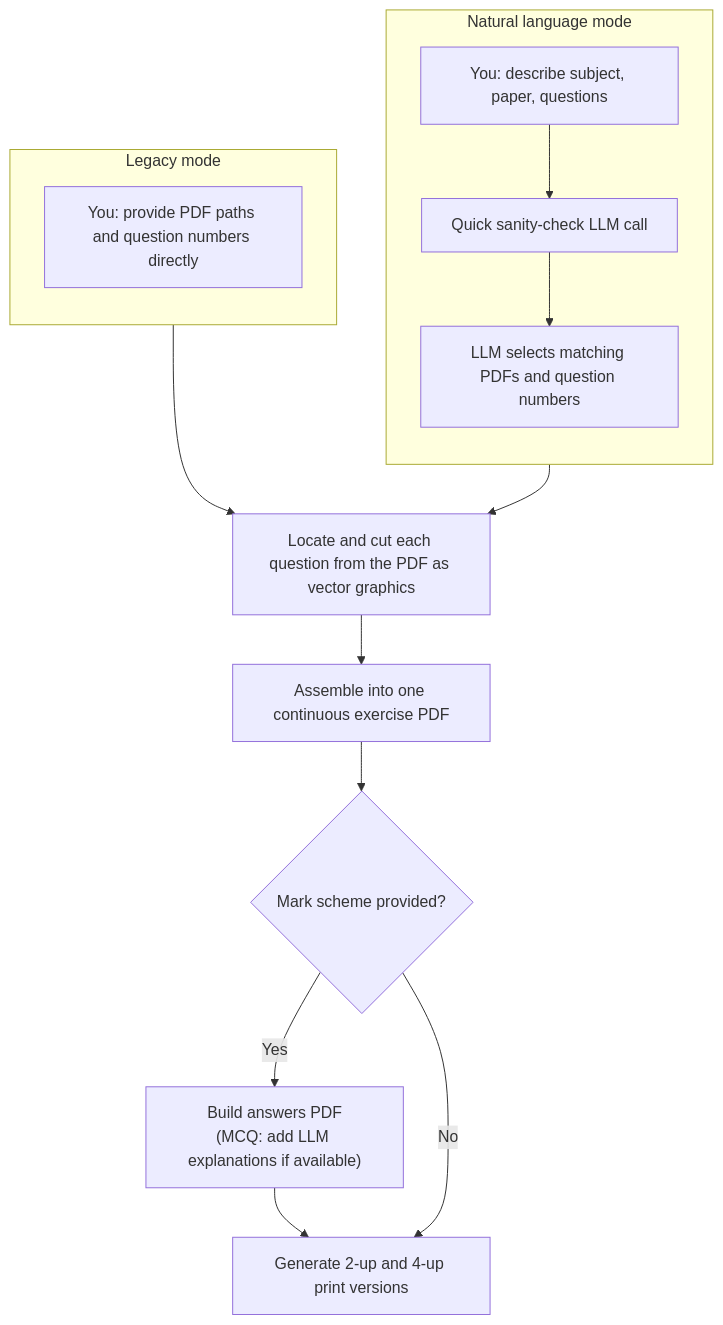
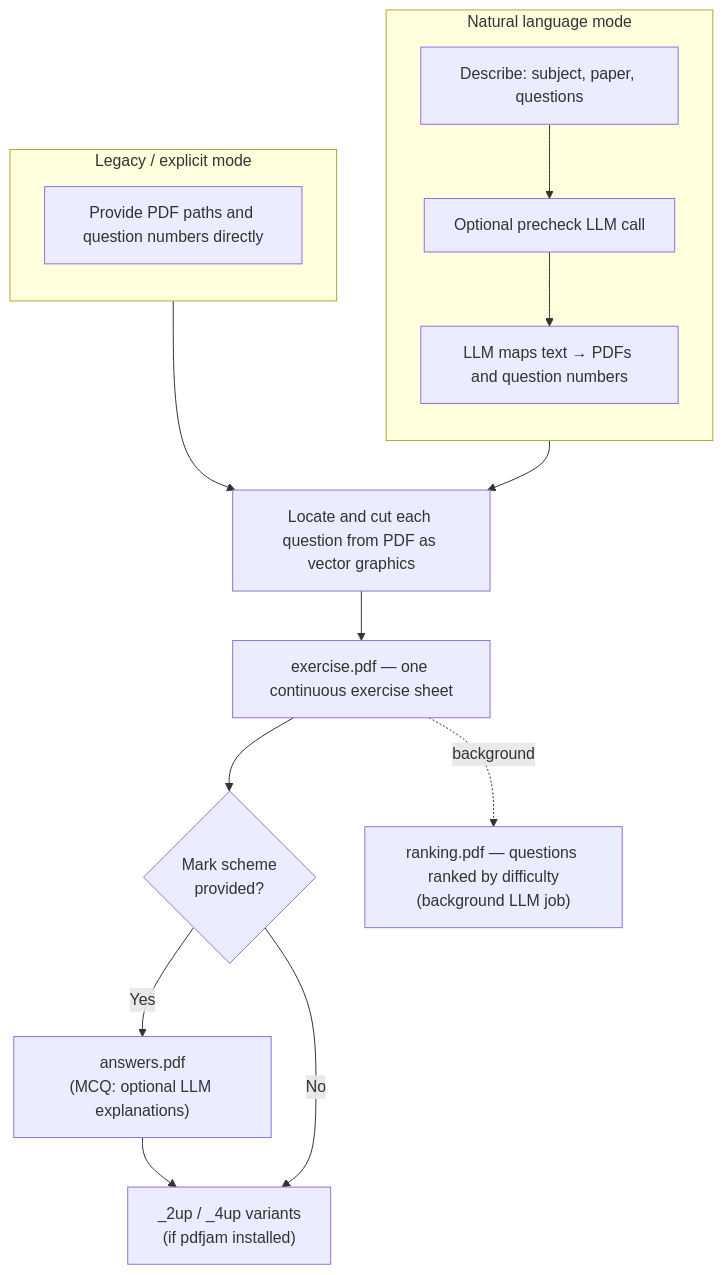
Before and after one commit to JoschkaKoen/IGCSE-Exercise-Sheet-Generator-1: the first of 2 diagrams in README.md, drawn with Mermaid. The commit also changed other lines of this file, not shown here.

First line of the commit message:
README: document Grade page, library, ranking, and updated flow diagram

````diff
--- a/README.md
+++ b/README.md
@@ -22,27 +25,29 @@
 ```mermaid
 flowchart TD
     subgraph nlPath [Natural language mode]
         direction TB
-        n1["You: describe subject, paper, questions"]
-        n2[Quick sanity-check LLM call]
-        n3[LLM selects matching PDFs and question numbers]
+        n1["Describe: subject, paper, questions"]
+        n2[Optional precheck LLM call]
+        n3[LLM maps text → PDFs and question numbers]
         n1 --> n2 --> n3
     end
 
-    subgraph legPath [Legacy mode]
+    subgraph legPath [Legacy / explicit mode]
         direction TB
-        l1[You: provide PDF paths and question numbers directly]
+        l1[Provide PDF paths and question numbers directly]
     end
 
-    join[Locate and cut each question from the PDF as vector graphics]
-    ex[Assemble into one continuous exercise PDF]
-    ms{Mark scheme provided?}
-    ans["Build answers PDF\n(MCQ: add LLM explanations if available)"]
-    nup[Generate 2-up and 4-up print versions]
+    cut[Locate and cut each question from PDF as vector graphics]
+    ex[exercise.pdf — one continuous exercise sheet]
+    ms{Mark scheme\nprovided?}
+    ans["answers.pdf\n(MCQ: optional LLM explanations)"]
+    nup["_2up / _4up variants\n(if pdfjam installed)"]
+    rank["ranking.pdf — questions ranked by difficulty\n(background LLM job)"]
 
-    n3 --> join
-    l1 --> join
-    join --> ex --> ms
+    n3 --> cut
+    l1 --> cut
+    cut --> ex --> ms
     ms -->|Yes| ans --> nup
     ms -->|No| nup
+    ex -.->|background| rank
 ```
````
